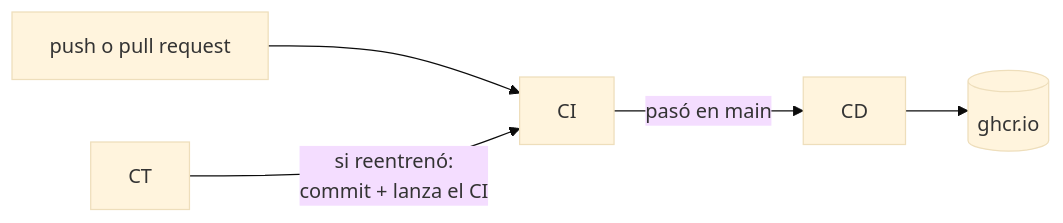
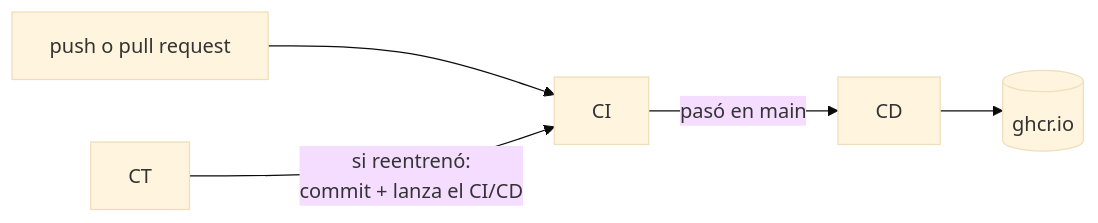
One commit to kenjikv/heladeria-ci-cd-ct changed the diagram in README.md. Above: the diagram before and after it, drawn with Mermaid (base theme). The commit also changed other lines of this file and 4 other files, not shown here.

````diff
--- a/README.md
+++ b/README.md
@@ -94,7 +99,7 @@
 ```mermaid
 flowchart LR
     P[push o pull request] --> CI
-    CT -- "si reentrenó:<br>commit + lanza el CI" --> CI
+    CT -- "si reentrenó:<br>commit + lanza el CI/CD" --> CI
     CI -- "pasó en main" --> CD
     CD --> R[(ghcr.io)]
 ```
````
